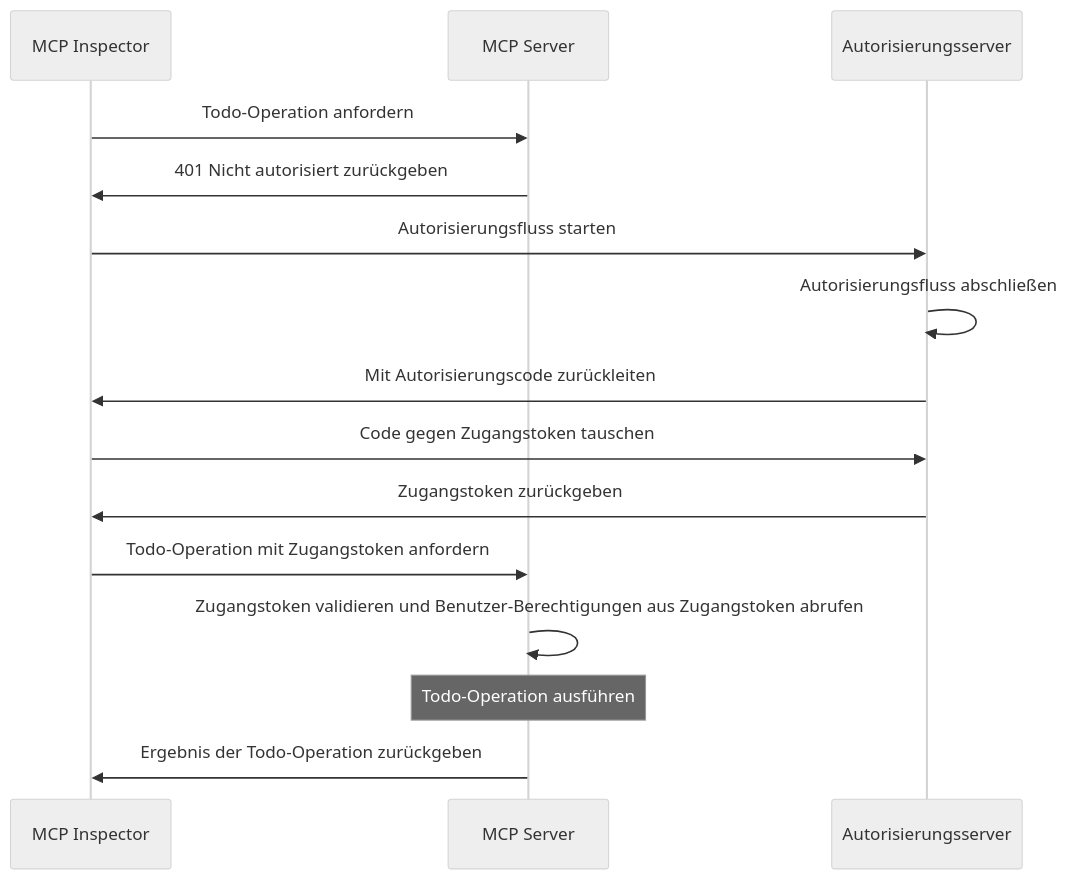
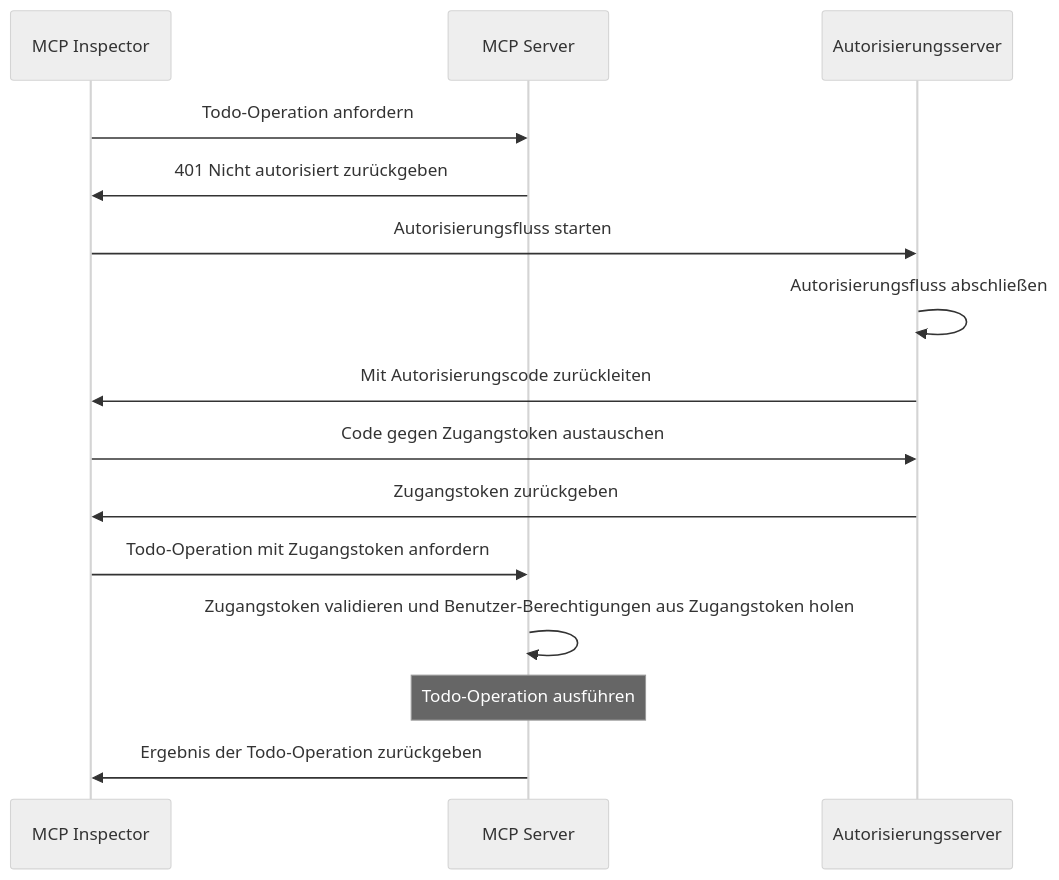
One commit to mcp-auth/docs changed the first of 2 diagrams in i18n/de/docusaurus-plugin-content-docs/current/tutorials/todo-manager/README.mdx. Above: the diagram before and after it, drawn with Mermaid (neutral theme). The commit also changed other lines of this file and 17 other files, not shown here.

````diff
--- a/i18n/de/docusaurus-plugin-content-docs/current/tutorials/todo-manager/README.mdx
+++ b/i18n/de/docusaurus-plugin-content-docs/current/tutorials/todo-manager/README.mdx
@@ -35,18 +35,18 @@
 ```mermaid
 sequenceDiagram
     participant Client as MCP Inspector
     participant Server as MCP Server
     participant Auth as Autorisierungsserver
 
     Client->>Server: Todo-Operation anfordern
     Server->>Client: 401 Nicht autorisiert zurückgeben
     Client->>Auth: Autorisierungsfluss starten
     Auth->>Auth: Autorisierungsfluss abschließen
     Auth->>Client: Mit Autorisierungscode zurückleiten
-    Client->>Auth: Code gegen Zugangstoken tauschen
+    Client->>Auth: Code gegen Zugangstoken austauschen
     Auth->>Client: Zugangstoken zurückgeben
     Client->>Server: Todo-Operation mit Zugangstoken anfordern
-    Server->>Server: Zugangstoken validieren und Benutzer-Berechtigungen aus Zugangstoken abrufen
+    Server->>Server: Zugangstoken validieren und Benutzer-Berechtigungen aus Zugangstoken holen
     Note over Server: Todo-Operation ausführen
     Server->>Client: Ergebnis der Todo-Operation zurückgeben
 ```
````
